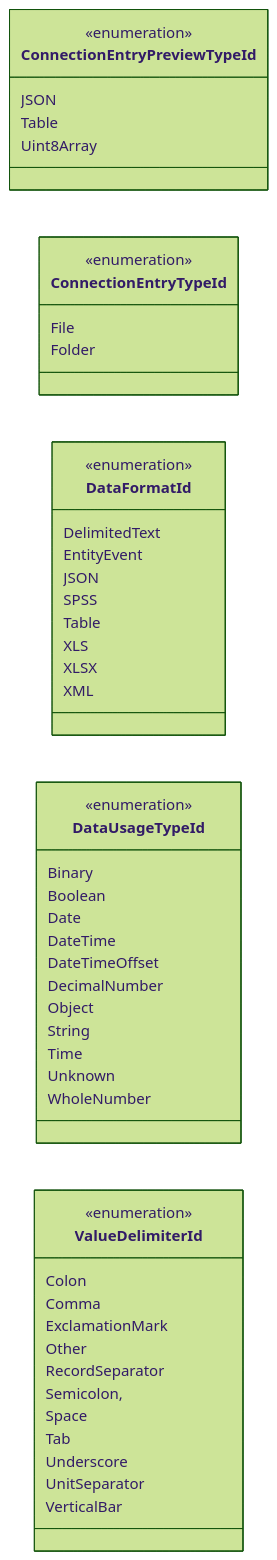
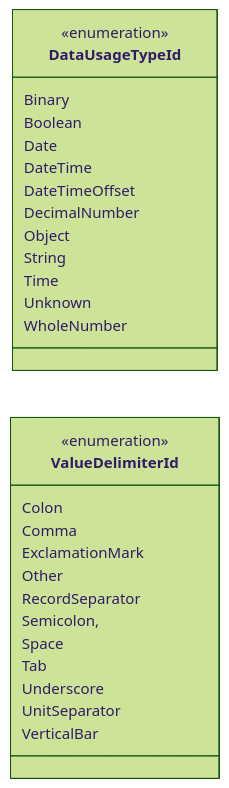
One commit to data-positioning/datapos-shared changed the seventh of 7 diagrams in README.md. Above: the diagram before and after it, drawn with Mermaid (forest theme). The commit also changed 1 other file, not shown here.

Commit message:
Release v0.0.35

````diff
--- a/README.md
+++ b/README.md
@@ -219,59 +260,34 @@
 ```mermaid
 classDiagram
     direction RL
-
-    class ConnectionEntryPreviewTypeId {
-        <<enumeration>>
-        JSON
-        Table
-        Uint8Array
-    }
-
-    class ConnectionEntryTypeId {
-        <<enumeration>>
-        File
-        Folder
-    }
-
-    class DataFormatId {
-        <<enumeration>>
-        DelimitedText
-        EntityEvent
-        JSON
-        SPSS
-        Table
-        XLS
-        XLSX
-        XML
-    }
 
     class DataUsageTypeId {
         <<enumeration>>
         Binary
         Boolean
         Date
         DateTime
         DateTimeOffset
         DecimalNumber
         Object
         String
         Time
         Unknown
         WholeNumber
     }
 
     class ValueDelimiterId {
         <<enumeration>>
         Colon
         Comma
         ExclamationMark
         Other
         RecordSeparator
         Semicolon,
         Space
         Tab
         Underscore
         UnitSeparator
         VerticalBar
     }
 ```
````
